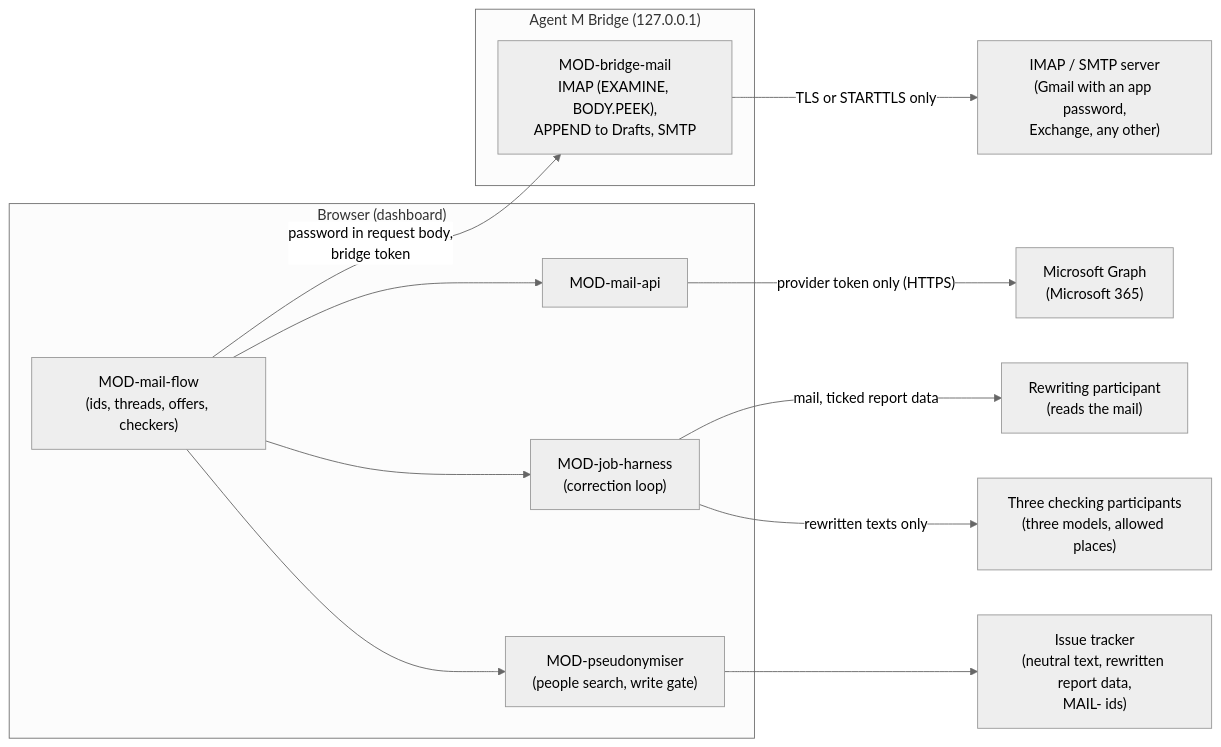
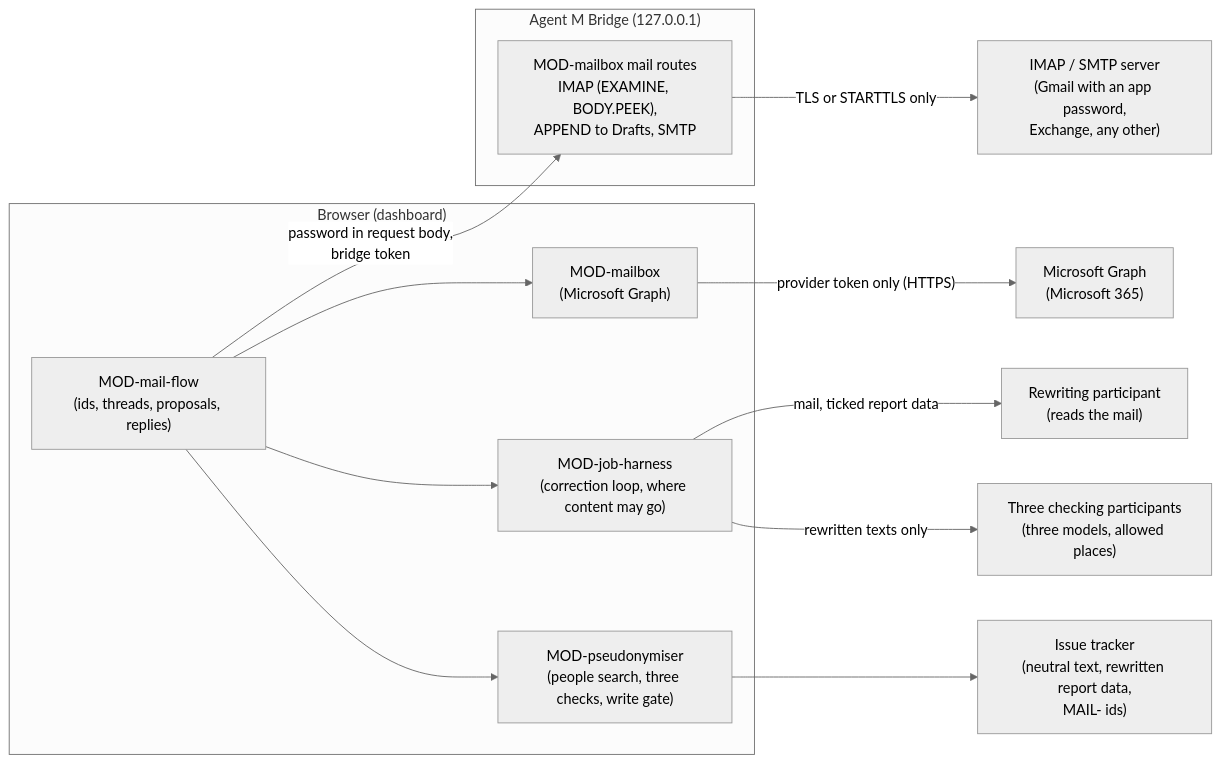
One commit to akmaier/agent-m changed the diagram in docs/architecture/ARC-014-two-mail-routes-and-pseudonymisation.md. Above: the diagram before and after it, drawn with Mermaid (neutral theme). The commit also changed other lines of this file and 11 other files, not shown here.

First line of the commit message:
docs(architecture): one owner per fact — CI credentials in ARC-015, the HTTPS route in ARC-013, the mail pipeline's why in ARC-014

````diff
--- a/docs/architecture/ARC-014-two-mail-routes-and-pseudonymisation.md
+++ b/docs/architecture/ARC-014-two-mail-routes-and-pseudonymisation.md
@@ -70,23 +70,23 @@
 ```mermaid
 flowchart LR
     subgraph BROWSER["Browser (dashboard)"]
-        FLOW["MOD-mail-flow<br/>(ids, threads, offers, checkers)"]
-        JH["MOD-job-harness<br/>(correction loop)"]
-        PS["MOD-pseudonymiser<br/>(people search, write gate)"]
-        API["MOD-mail-api"]
+        FLOW["MOD-mail-flow<br/>(ids, threads, proposals, replies)"]
+        PS["MOD-pseudonymiser<br/>(people search, three checks, write gate)"]
+        JH["MOD-job-harness<br/>(correction loop, where content may go)"]
+        API["MOD-mailbox<br/>(Microsoft Graph)"]
     end
     subgraph BR["Agent M Bridge (127.0.0.1)"]
-        BM["MOD-bridge-mail<br/>IMAP (EXAMINE, BODY.PEEK),<br/>APPEND to Drafts, SMTP"]
+        BM["MOD-mailbox mail routes<br/>IMAP (EXAMINE, BODY.PEEK),<br/>APPEND to Drafts, SMTP"]
     end
     G["Microsoft Graph<br/>(Microsoft 365)"]
     S["IMAP / SMTP server<br/>(Gmail with an app password,<br/>Exchange, any other)"]
     RW["Rewriting participant<br/>(reads the mail)"]
     CK["Three checking participants<br/>(three models, allowed places)"]
     IT["Issue tracker<br/>(neutral text, rewritten report data,<br/>MAIL- ids)"]
     FLOW --> API -->|"provider token only (HTTPS)"| G
     FLOW -->|"password in request body,<br/>bridge token"| BM -->|"TLS or STARTTLS only"| S
     FLOW --> JH
     JH -->|"mail, ticked report data"| RW
     JH -->|"rewritten texts only"| CK
     FLOW --> PS --> IT
 ```
````
